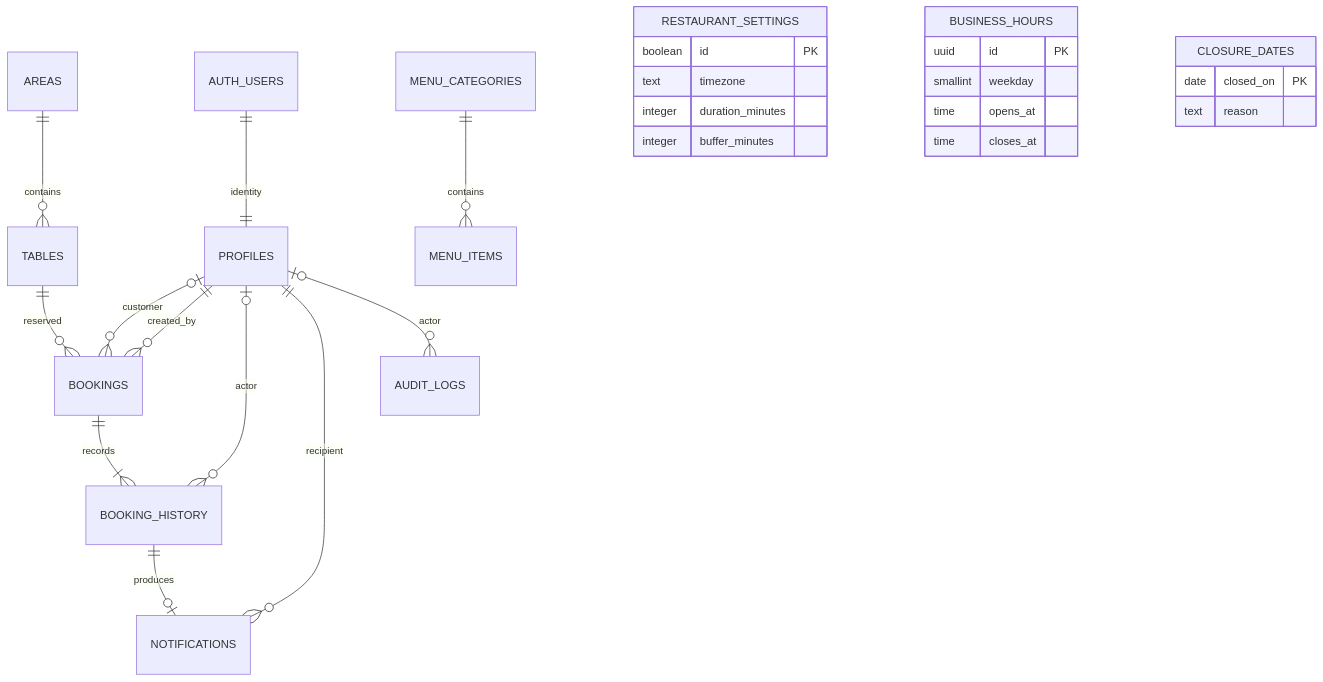
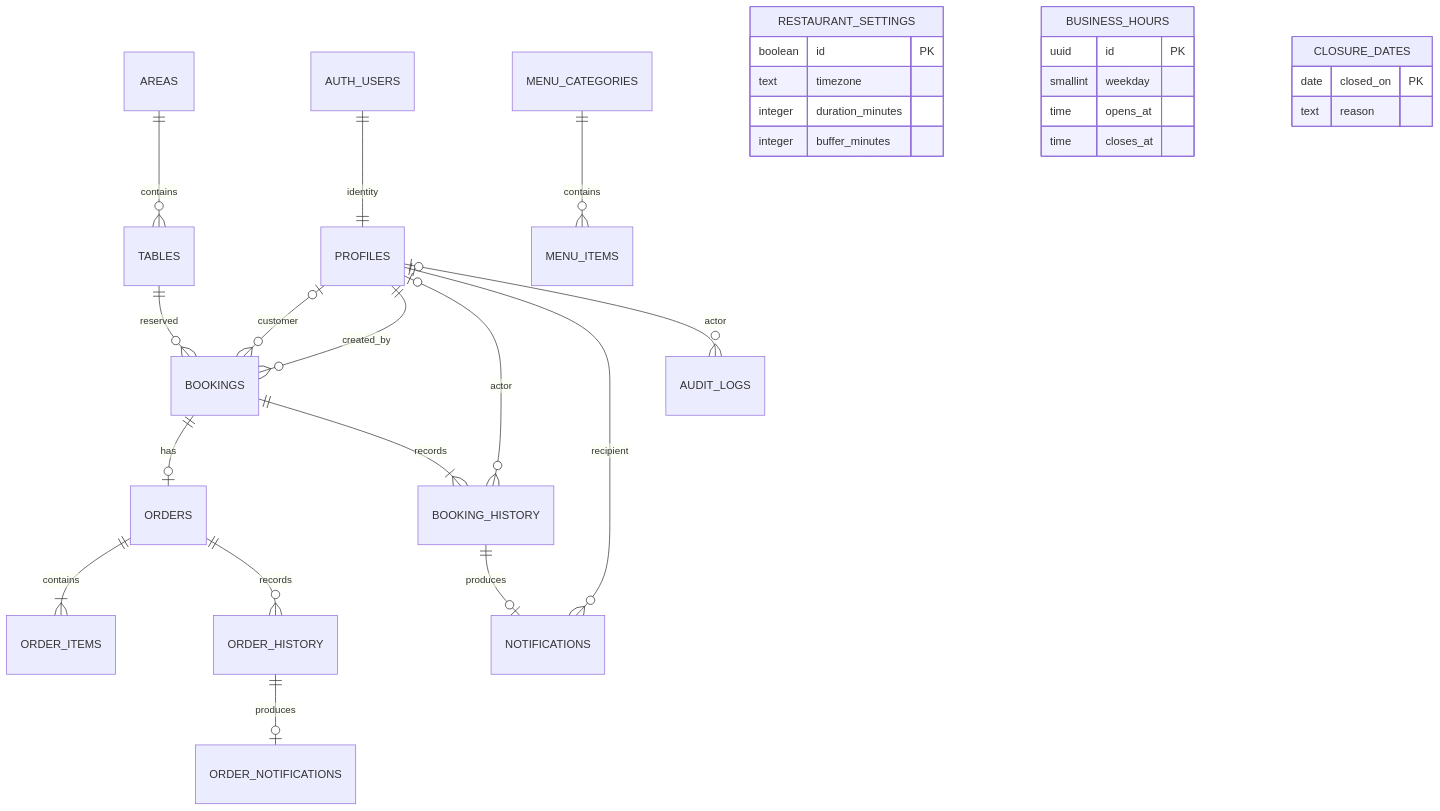
Before and after one commit to dangtuanminh2702206-wq/nhahang: the diagram in docs/database.md, drawn with Mermaid. The commit also changed other lines of this file and 20 other files, not shown here.

Commit message:
feat(order): add customer orders linked to bookings

````diff
--- a/docs/database.md
+++ b/docs/database.md
@@ -28,30 +28,34 @@
 ```mermaid
 erDiagram
   AUTH_USERS ||--|| PROFILES : identity
   PROFILES o|--o{ BOOKINGS : customer
   PROFILES ||--o{ BOOKINGS : created_by
   AREAS ||--o{ TABLES : contains
   TABLES ||--o{ BOOKINGS : reserved
   MENU_CATEGORIES ||--o{ MENU_ITEMS : contains
+  BOOKINGS ||--o| ORDERS : has
+  ORDERS ||--|{ ORDER_ITEMS : contains
+  ORDERS ||--o{ ORDER_HISTORY : records
+  ORDER_HISTORY ||--o| ORDER_NOTIFICATIONS : produces
   BOOKINGS ||--|{ BOOKING_HISTORY : records
   PROFILES o|--o{ BOOKING_HISTORY : actor
   BOOKING_HISTORY ||--o| NOTIFICATIONS : produces
   PROFILES ||--o{ NOTIFICATIONS : recipient
   PROFILES o|--o{ AUDIT_LOGS : actor
   RESTAURANT_SETTINGS {
     boolean id PK
     text timezone
     integer duration_minutes
     integer buffer_minutes
   }
   BUSINESS_HOURS {
     uuid id PK
     smallint weekday
     time opens_at
     time closes_at
   }
   CLOSURE_DATES {
     date closed_on PK
     text reason
   }
 ```
````
